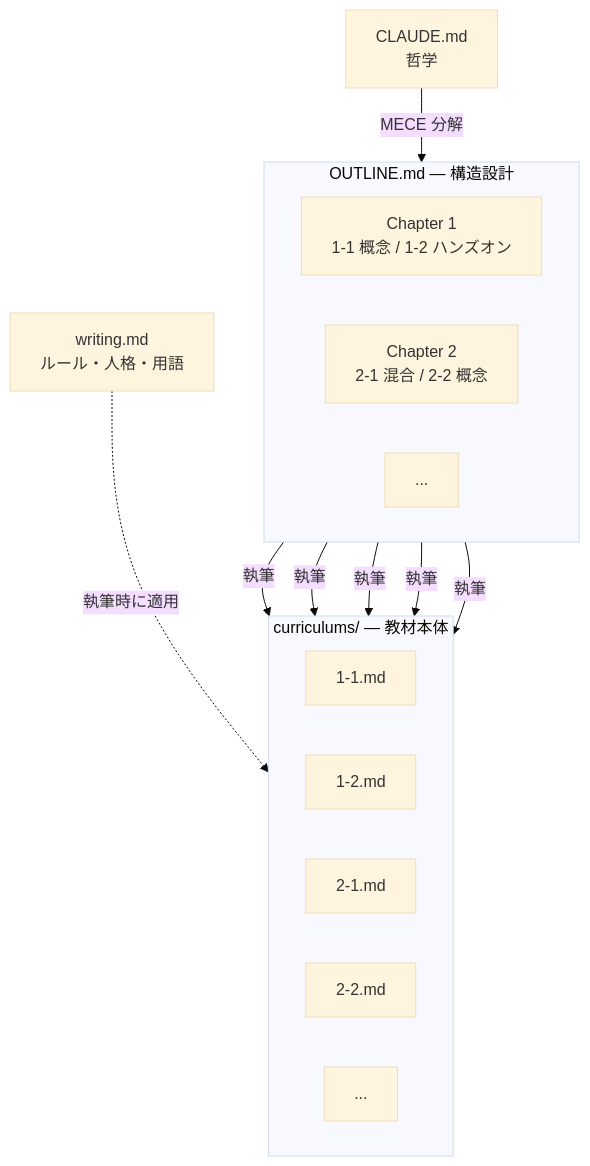
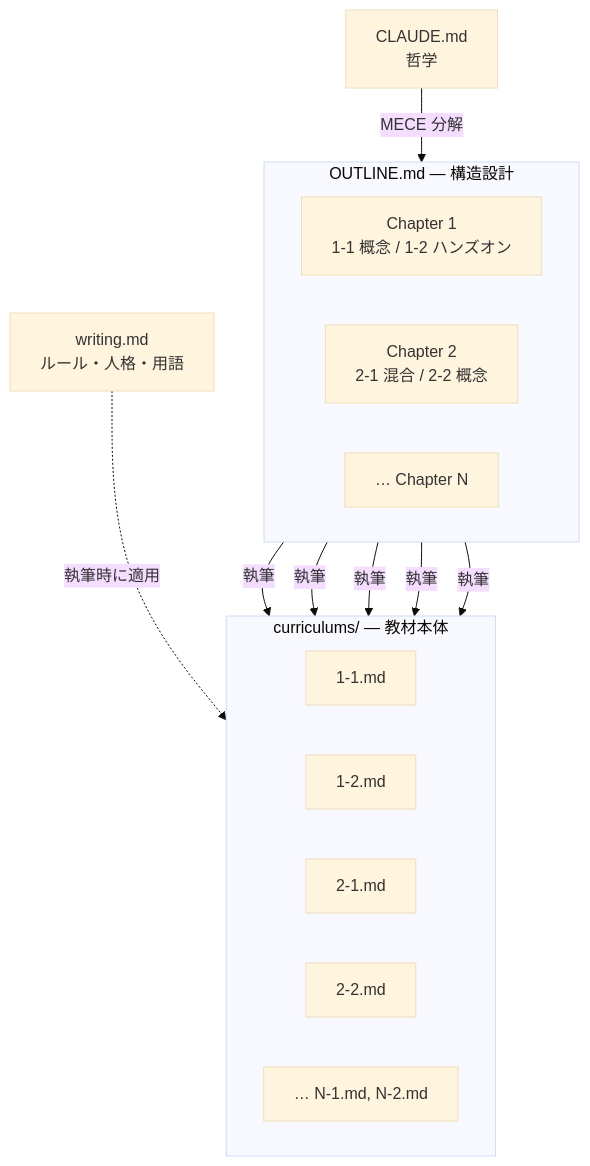
The first of 4 diagrams in README.md (yotaro0616/curriculum-writer), drawn with Mermaid (base theme) before and after one commit.

Commit message:
設計思想図: 「...」を「… Chapter N」「… N-1.md, N-2.md」に改善

````diff
--- a/README.md
+++ b/README.md
@@ -29,27 +29,27 @@
 ```mermaid
 flowchart TD
     A["CLAUDE.md\n哲学"]
 
     subgraph outline["OUTLINE.md — 構造設計"]
         direction LR
         B1["Chapter 1\n1-1 概念 / 1-2 ハンズオン"]
         B2["Chapter 2\n2-1 混合 / 2-2 概念"]
-        B3["..."]
+        B3["… Chapter N"]
     end
 
     subgraph curr["curriculums/ — 教材本体"]
         direction LR
         C1["1-1.md"]
         C2["1-2.md"]
         C3["2-1.md"]
         C4["2-2.md"]
-        C5["..."]
+        C5["… N-1.md, N-2.md"]
     end
 
     A -->|MECE 分解| outline
     B1 -->|執筆| C1 & C2
     B2 -->|執筆| C3 & C4
     B3 -->|執筆| C5
 
     W["writing.md\nルール・人格・用語"] -.->|執筆時に適用| curr
 ```
````
